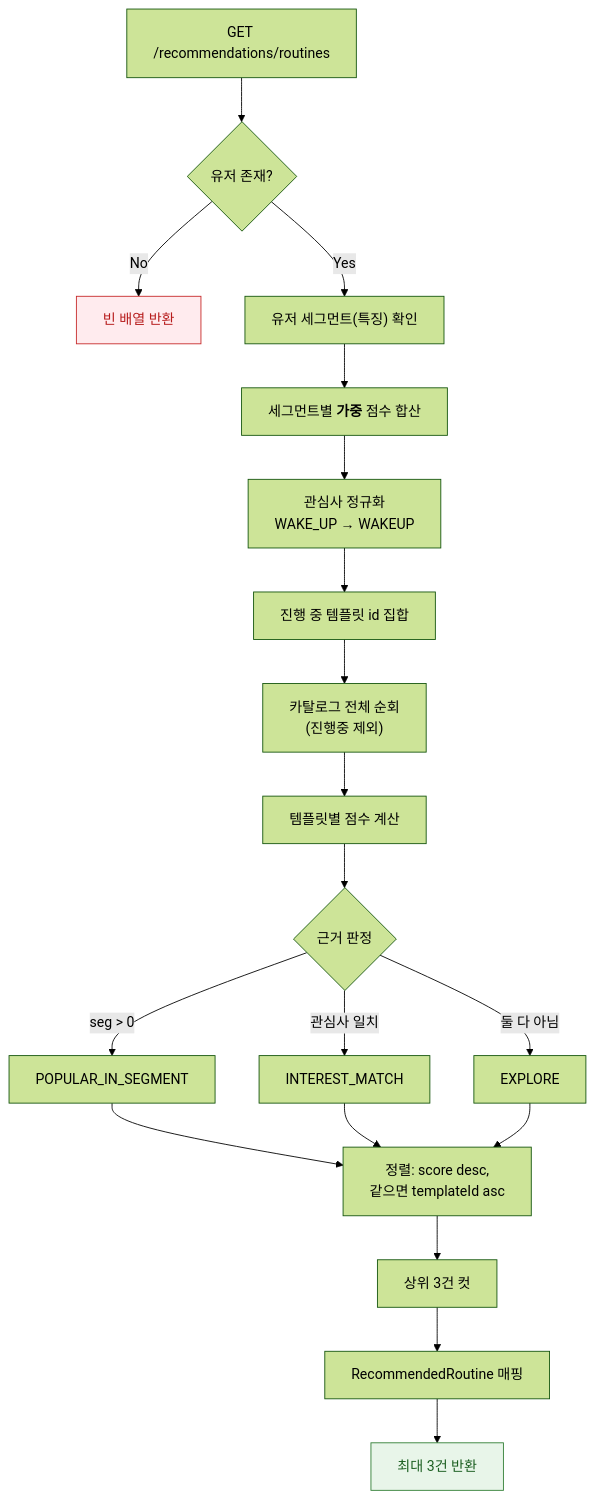
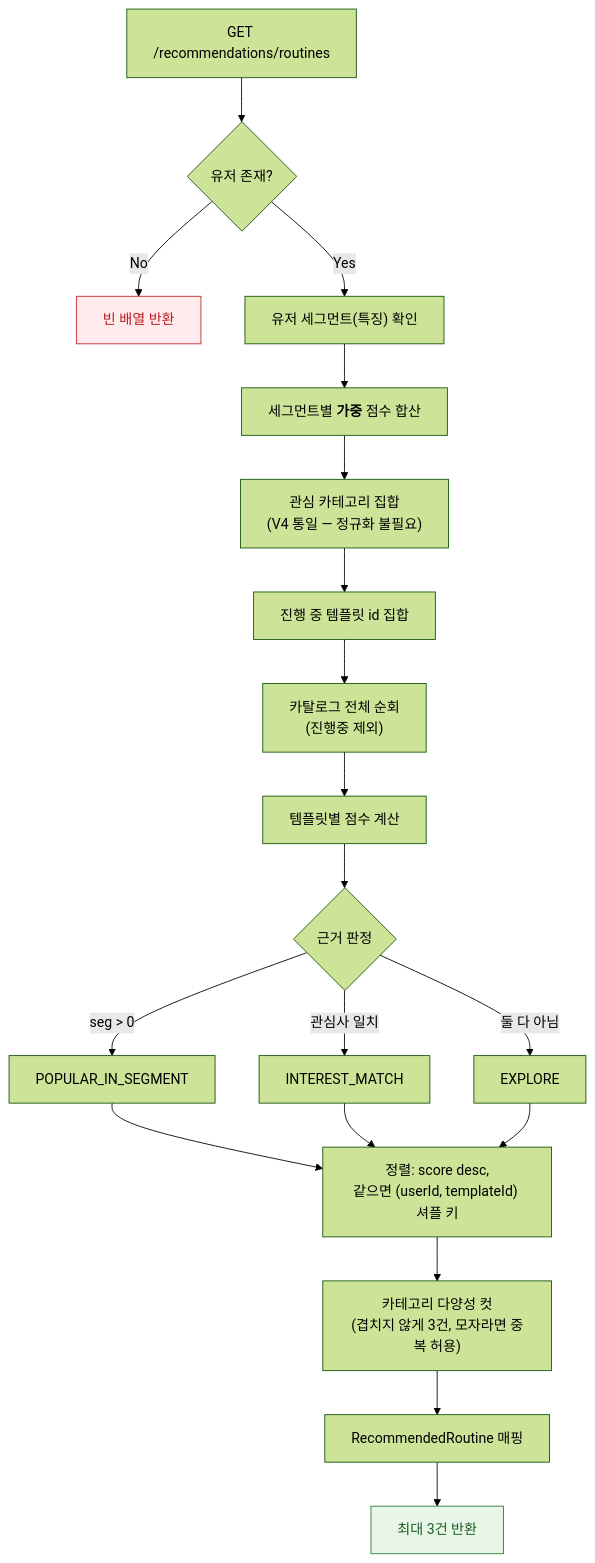
Before and after one commit to RuleUp-ASM/Backend: the second of 6 diagrams in docs/recommend/추천 시스템 - 루틴 카테고리 추천.md, drawn with Mermaid (forest theme). The commit also changed other lines of this file and 7 other files, not shown here.

````diff
--- a/docs/recommend/추천 시스템 - 루틴 카테고리 추천.md
+++ b/docs/recommend/추천 시스템 - 루틴 카테고리 추천.md
@@ -147,26 +149,26 @@
 ```mermaid
 flowchart TD
     START["GET /recommendations/routines"] --> U{"유저 존재?"}
     U -->|No| EMPTY["빈 배열 반환"]
     U -->|Yes| SEG["유저 세그먼트(특징) 확인"]
     SEG --> SUM["세그먼트별 <b>가중</b> 점수 합산"]
-    SUM --> INT["관심사 정규화<br/>WAKE_UP → WAKEUP"]
+    SUM --> INT["관심 카테고리 집합<br/>(V4 통일 — 정규화 불필요)"]
     INT --> ACT["진행 중 템플릿 id 집합"]
     ACT --> LOOP["카탈로그 전체 순회<br/>(진행중 제외)"]
     LOOP --> SCORE["템플릿별 점수 계산"]
     SCORE --> REASON{"근거 판정"}
     REASON -->|"seg > 0"| R1["POPULAR_IN_SEGMENT"]
     REASON -->|"관심사 일치"| R2["INTEREST_MATCH"]
     REASON -->|"둘 다 아님"| R3["EXPLORE"]
-    R1 --> SORT["정렬: score desc,<br/>같으면 templateId asc"]
+    R1 --> SORT["정렬: score desc,<br/>같으면 (userId, templateId) 셔플 키"]
     R2 --> SORT
     R3 --> SORT
-    SORT --> CAP["상위 3건 컷"]
+    SORT --> CAP["카테고리 다양성 컷<br/>(겹치지 않게 3건, 모자라면 중복 허용)"]
     CAP --> MAP["RecommendedRoutine 매핑"]
     MAP --> DONE["최대 3건 반환"]
 
     classDef bad fill:#FFEBEE,stroke:#C62828,color:#B71C1C;
     classDef good fill:#E8F5E9,stroke:#2E7D32,color:#1B5E20;
     class EMPTY bad;
     class DONE good;
 ```
````
